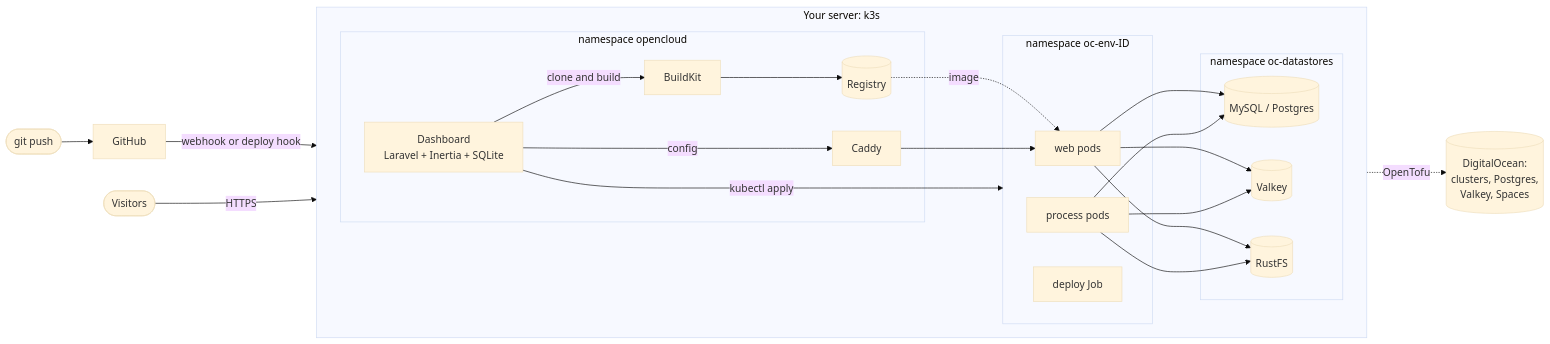
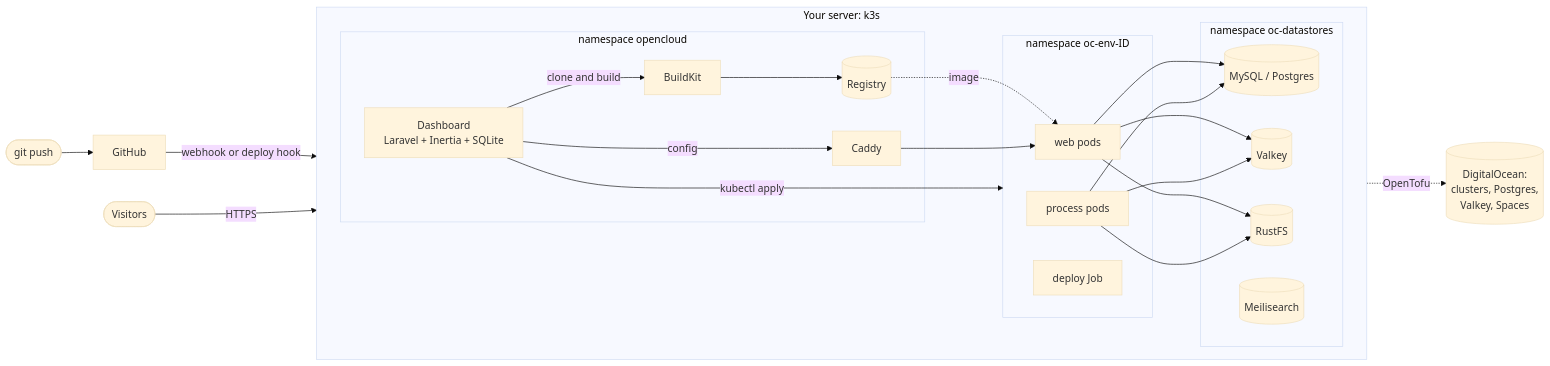
One commit to samirnijenhuis/opencloud changed the diagram in README.md. Above: the diagram before and after it, drawn with Mermaid (base theme). The commit also changed other lines of this file and 42 other files, not shown here.

````diff
--- a/README.md
+++ b/README.md
@@ -221,37 +222,38 @@
 ```mermaid
 flowchart LR
     dev([git push]) --> gh[GitHub]
     users([Visitors])
 
     subgraph server[Your server: k3s]
         direction LR
         subgraph oc[namespace opencloud]
             dash[Dashboard<br/>Laravel + Inertia + SQLite]
             bk[BuildKit]
             reg[(Registry)]
             caddy[Caddy]
         end
         subgraph env[namespace oc-env-ID]
             web[web pods]
             procs[process pods]
             job[deploy Job]
         end
         subgraph ds[namespace oc-datastores]
             db[(MySQL / Postgres)]
             kv[(Valkey)]
             s3[(RustFS)]
+            ms[(Meilisearch)]
         end
     end
 
     cloud[(DigitalOcean:<br/>clusters, Postgres,<br/>Valkey, Spaces)]
 
     gh -- webhook or deploy hook --> dash
     users -- HTTPS --> caddy
     dash -- clone and build --> bk --> reg
     dash -- kubectl apply --> env
     reg -. image .-> web
     dash -- config --> caddy
     caddy --> web
     web & procs --> db & kv & s3
     dash -. OpenTofu .-> cloud
 ```
````
